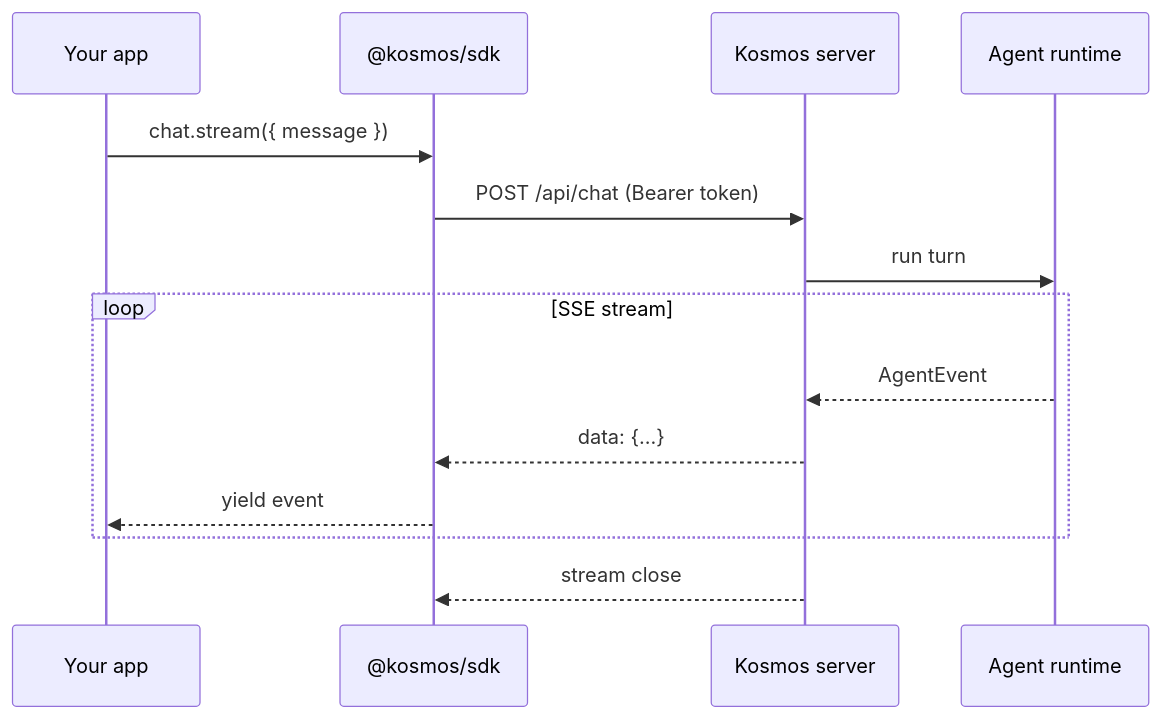
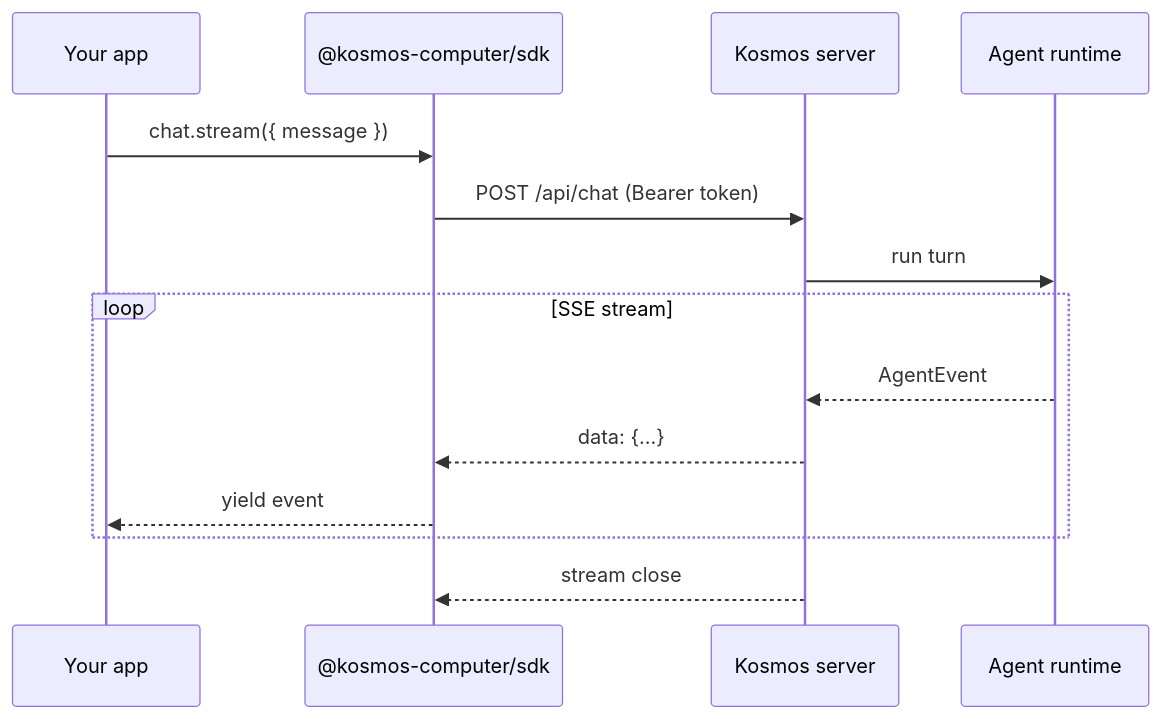
One commit to Kosmos-computer/docs changed the diagram in docs/sdk/architecture.md. Above: the diagram before and after it, drawn with Mermaid. The commit also changed other lines of this file and 5 other files, not shown here.

Commit message:
Update SDK docs to use @kosmos-computer package names.

````diff
--- a/docs/sdk/architecture.md
+++ b/docs/sdk/architecture.md
@@ -20,17 +20,17 @@
 ```mermaid
 sequenceDiagram
     participant App as Your app
-    participant SDK as @kosmos/sdk
+    participant SDK as @kosmos-computer/sdk
     participant Server as Kosmos server
     participant Agent as Agent runtime
 
     App->>SDK: chat.stream({ message })
     SDK->>Server: POST /api/chat (Bearer token)
     Server->>Agent: run turn
     loop SSE stream
         Agent-->>Server: AgentEvent
         Server-->>SDK: data: {...}
         SDK-->>App: yield event
     end
     Server-->>SDK: stream close
 ```
````
